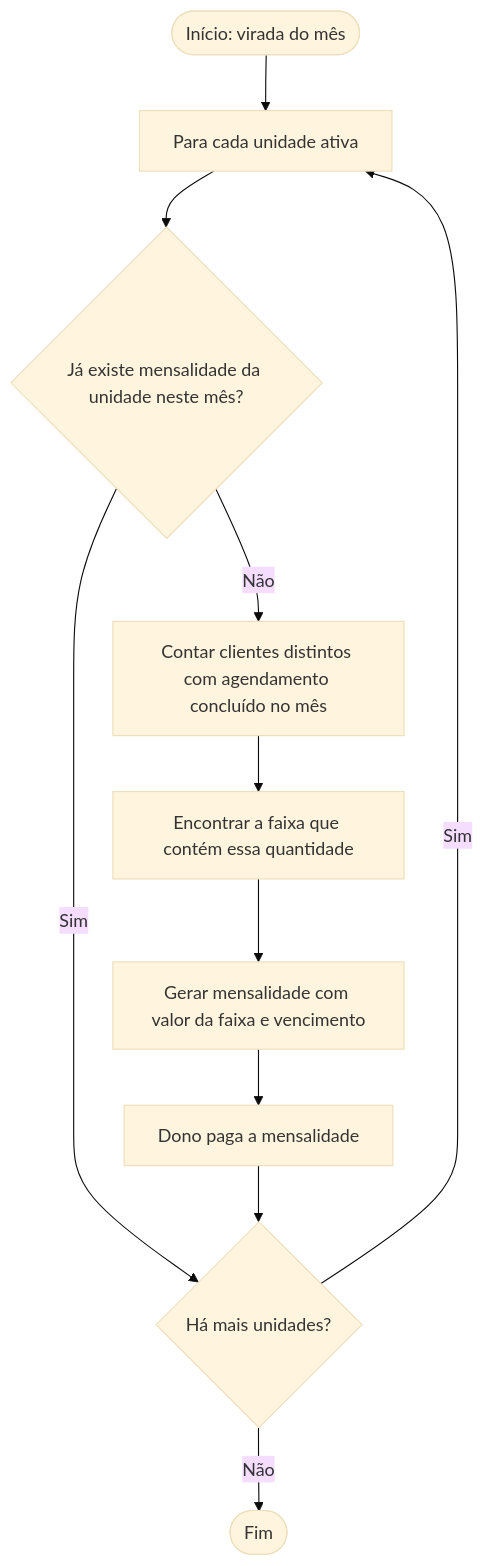
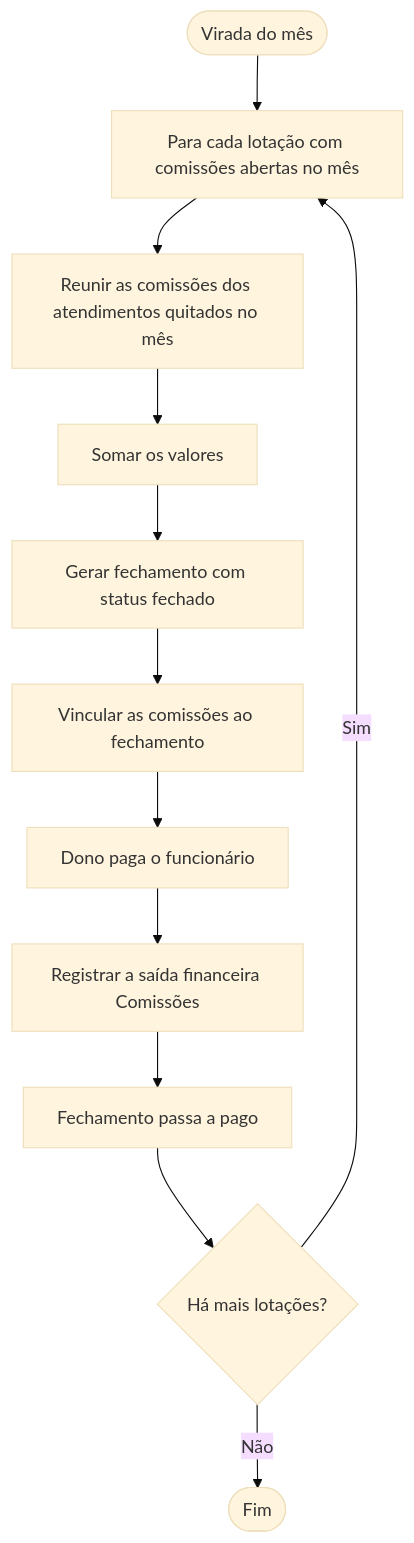
Before and after one commit to H3n2ry/code-e-corte-modelagem: the sixth of 8 diagrams in README.md, drawn with Mermaid (base theme). The commit also changed other lines of this file and 1 other file, not shown here.

First line of the commit message:
Revisa o README para o modelo novo e unifica a numeração de regras

````diff
--- a/README.md
+++ b/README.md
@@ -290,13 +413,14 @@
 ```mermaid
 flowchart TD
-    A([Início: virada do mês]) --> B[Para cada unidade ativa]
-    B --> C{Já existe mensalidade da unidade neste mês?}
-    C -- Sim --> H
-    C -- Não --> D[Contar clientes distintos com agendamento concluído no mês]
-    D --> E[Encontrar a faixa que contém essa quantidade]
-    E --> F[Gerar mensalidade com valor da faixa e vencimento]
-    F --> G[Dono paga a mensalidade]
-    G --> H{Há mais unidades?}
-    H -- Sim --> B
-    H -- Não --> I([Fim])
+    A([Virada do mês]) --> B[Para cada lotação com comissões abertas no mês]
+    B --> C["Reunir as comissões dos atendimentos quitados no mês"]
+    C --> D[Somar os valores]
+    D --> E[Gerar fechamento com status fechado]
+    E --> F[Vincular as comissões ao fechamento]
+    F --> G[Dono paga o funcionário]
+    G --> H["Registrar a saída financeira Comissões"]
+    H --> I[Fechamento passa a pago]
+    I --> J{"Há mais lotações?"}
+    J -- Sim --> B
+    J -- Não --> K([Fim])
 ```
````
